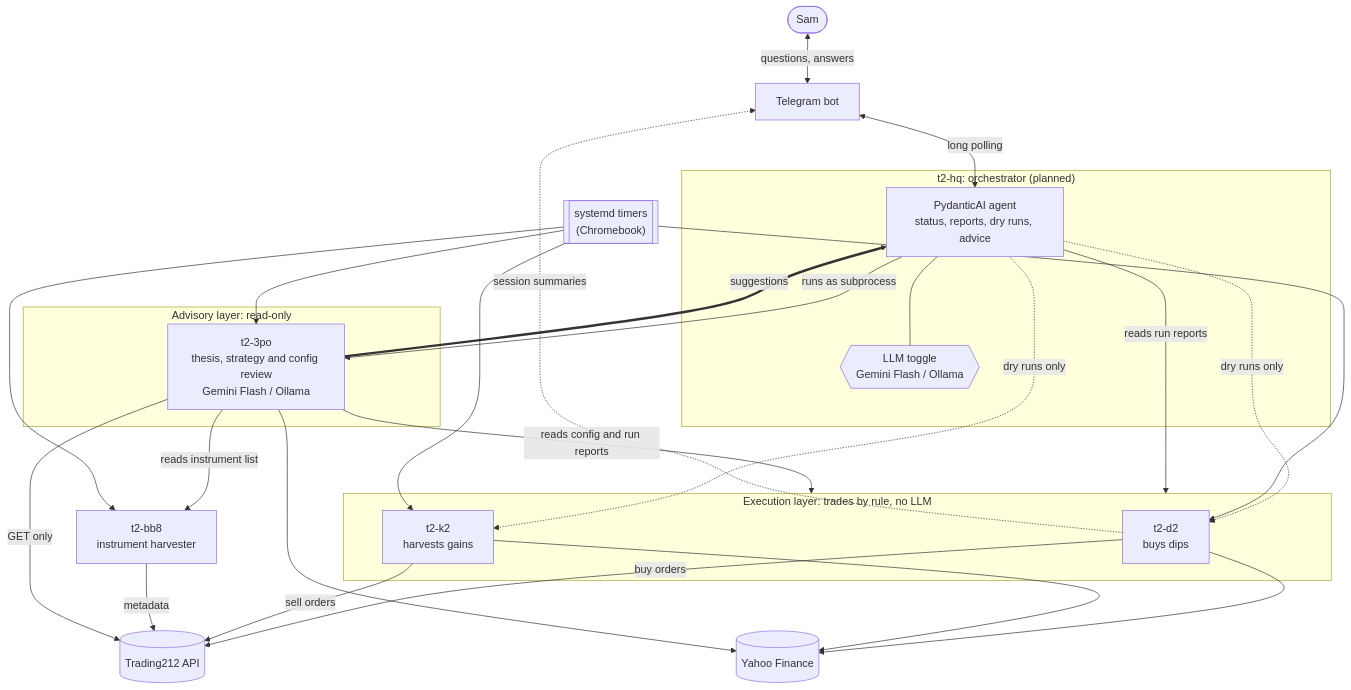
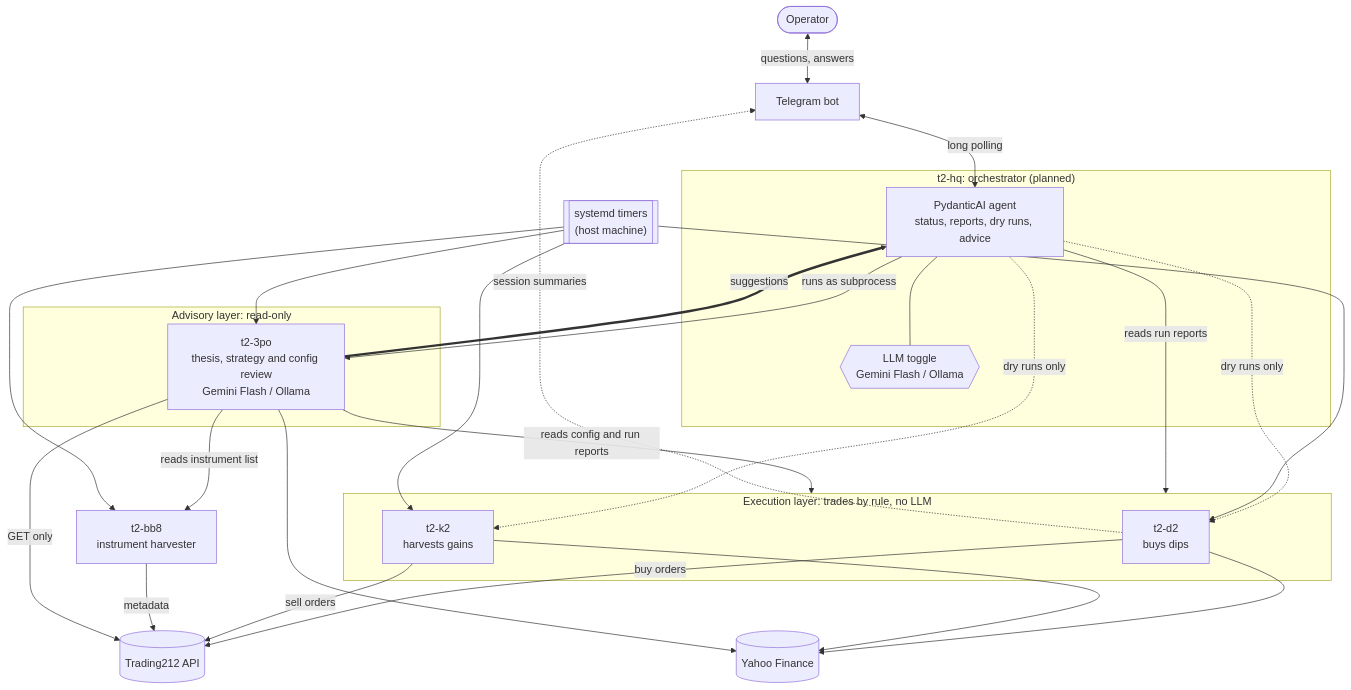
Before and after one commit to samlarsen1/t2-hq: the first of 3 diagrams in ARCHITECTURE.md, drawn with Mermaid. The commit also changed other lines of this file and 3 other files, not shown here.

````diff
--- a/ARCHITECTURE.md
+++ b/ARCHITECTURE.md
@@ -8,51 +8,51 @@
 ```mermaid
 flowchart TB
-    sam(["Sam"])
+    op(["Operator"])
     tg["Telegram bot"]
 
     subgraph hq["t2-hq: orchestrator (planned)"]
         agent["PydanticAI agent<br/>status, reports, dry runs, advice"]
         llm{{"LLM toggle<br/>Gemini Flash / Ollama"}}
         agent --- llm
     end
 
     subgraph advisory["Advisory layer: read-only"]
         c3po["t2-3po<br/>thesis, strategy and config review<br/>Gemini Flash / Ollama"]
     end
 
     subgraph exec["Execution layer: trades by rule, no LLM"]
         d2["t2-d2<br/>buys dips"]
         k2["t2-k2<br/>harvests gains"]
     end
 
     bb8["t2-bb8<br/>instrument harvester"]
 
-    timers[["systemd timers<br/>(Chromebook)"]]
+    timers[["systemd timers<br/>(host machine)"]]
     t212[("Trading212 API")]
     yahoo[("Yahoo Finance")]
 
-    sam <-->|"questions, answers"| tg
+    op <-->|"questions, answers"| tg
     tg <-->|"long polling"| agent
 
     agent -->|"runs as subprocess"| c3po
     agent -.->|"dry runs only"| d2
     agent -.->|"dry runs only"| k2
     agent -->|"reads run reports"| exec
 
     c3po -->|"reads config and run reports"| exec
     c3po -->|"reads instrument list"| bb8
     c3po ==>|"suggestions"| agent
 
     timers --> d2
     timers --> k2
     timers --> bb8
     timers --> c3po
 
     d2 -->|"buy orders"| t212
     k2 -->|"sell orders"| t212
     bb8 -->|"metadata"| t212
     c3po -->|"GET only"| t212
     d2 & k2 & c3po --> yahoo
 
     d2 -.->|"session summaries"| tg
 ```
````
